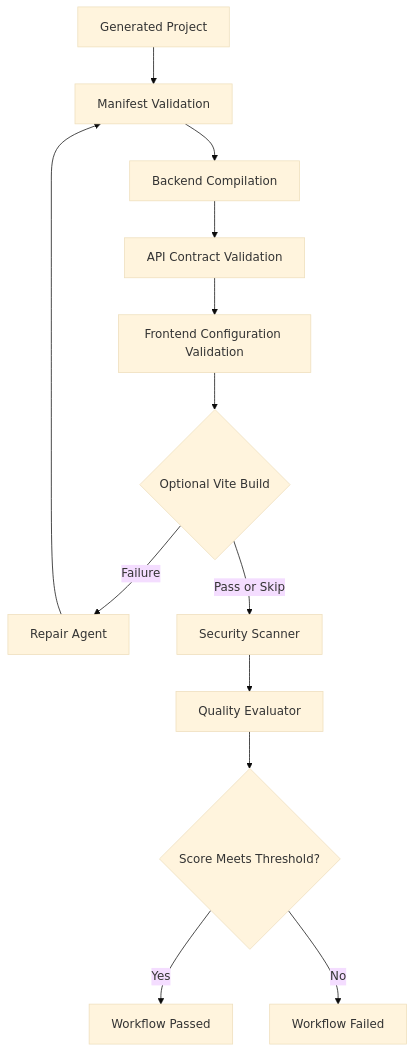
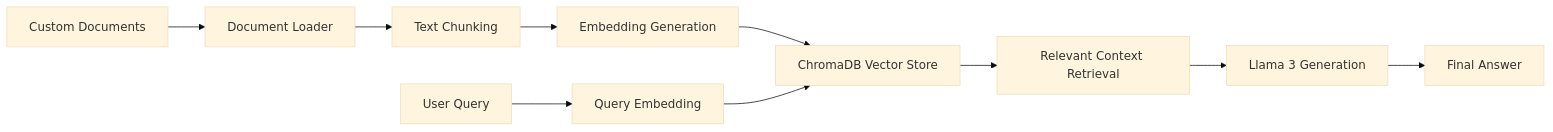
The diagram in README.md (venkatkoushik22/Secure-Local-RAG-Private-Document-Intelligence-Platform), drawn with Mermaid (base theme) before and after one commit. The commit also changed other lines of this file, not shown here.

First line of the commit message:
Revise README for RAG System with Llama 3

````diff
--- a/README.md
+++ b/README.md
@@ -254,18 +32,12 @@
 ```mermaid
-flowchart TD
-    A[Generated Project] --> B[Manifest Validation]
-    B --> C[Backend Compilation]
-    C --> D[API Contract Validation]
-    D --> E[Frontend Configuration Validation]
-    E --> F{Optional Vite Build}
-
-    F -->|Failure| G[Repair Agent]
-    G --> B
-
-    F -->|Pass or Skip| H[Security Scanner]
-    H --> I[Quality Evaluator]
-    I --> J{Score Meets Threshold?}
-
-    J -->|Yes| K[Workflow Passed]
-    J -->|No| L[Workflow Failed]
+flowchart LR
+    A[Custom Documents] --> B[Document Loader]
+    B --> C[Text Chunking]
+    C --> D[Embedding Generation]
+    D --> E[ChromaDB Vector Store]
+    F[User Query] --> G[Query Embedding]
+    G --> E
+    E --> H[Relevant Context Retrieval]
+    H --> I[Llama 3 Generation]
+    I --> J[Final Answer]
 ```
````
